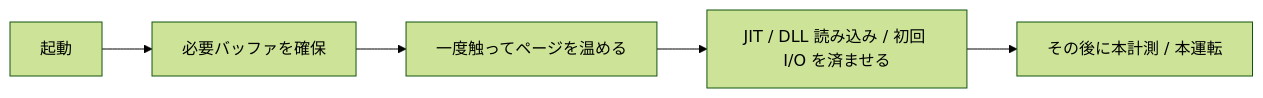
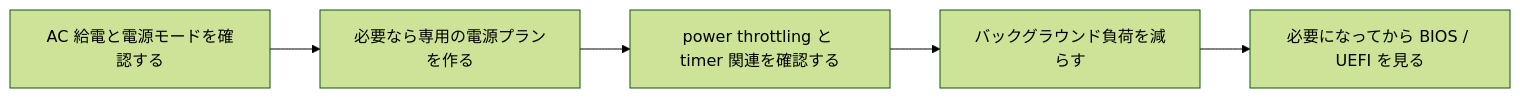
Before and after one commit to gomurin0428/KomuraSoftWeb: the sixth of 7 diagrams in _posts/2026-03-09-000-windows-soft-realtime-practical-guide-natural.md, drawn with Mermaid (forest theme). The commit also changed other lines of this file, not shown here.

````diff
--- a/_posts/2026-03-09-000-windows-soft-realtime-practical-guide-natural.md
+++ b/_posts/2026-03-09-000-windows-soft-realtime-practical-guide-natural.md
@@ -386,7 +370,7 @@
 ```mermaid
 flowchart LR
-    Start["起動"] --> Alloc["必要バッファを確保"]
-    Alloc --> Touch["一度触ってページを温める"]
-    Touch --> Warm["JIT / DLL 読み込み / 初回 I/O を済ませる"]
-    Warm --> Measure["その後に本計測 / 本運転"]
+    a["AC 給電と電源モードを確認する"] --> b["必要なら専用の電源プランを作る"]
+    b --> c["power throttling と timer 関連を確認する"]
+    c --> d["バックグラウンド負荷を減らす"]
+    d --> e["必要になってから BIOS / UEFI を見る"]
 ```
````
